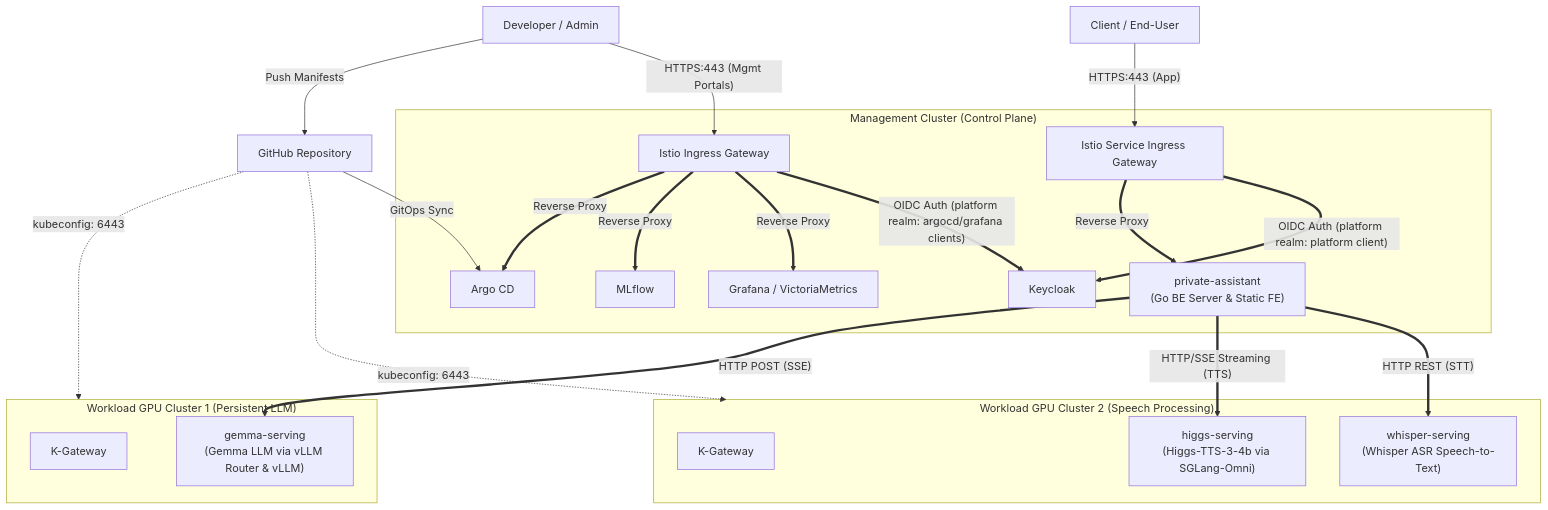
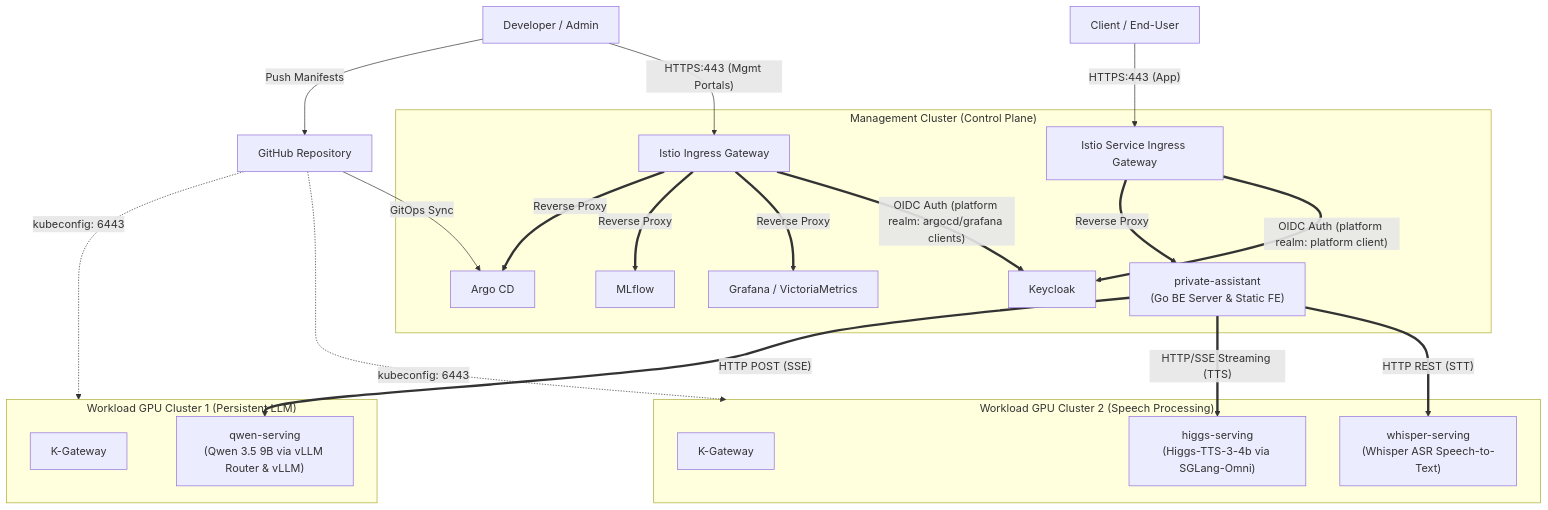
The first of 3 diagrams in README.md (yhjh5302/gitops), drawn with Mermaid before and after one commit. The commit also changed other lines of this file, not shown here.

Commit message:
docs: update README with qwen-serving and inactive gemma-serving info

````diff
--- a/README.md
+++ b/README.md
@@ -9,50 +9,50 @@
 ```mermaid
 graph TB
     subgraph Management_Cluster["Management Cluster (Control Plane)"]
         ArgoCD_M[Argo CD]
         MLflow_M[MLflow]
         VM_M[Grafana / VictoriaMetrics]
         Keycloak_M[Keycloak]
         Gateway_M[Istio Ingress Gateway]
         Gateway_S[Istio Service Ingress Gateway]
         Backend["private-assistant<br/>(Go BE Server & Static FE)"]
     end
 
     subgraph Workload_Cluster_1["Workload GPU Cluster 1 (Persistent LLM)"]
         Gateway_W1[K-Gateway]
-        Gemma["gemma-serving<br/>(Gemma LLM via vLLM Router & vLLM)"]
+        Qwen["qwen-serving<br/>(Qwen 3.5 9B via vLLM Router & vLLM)"]
     end
 
     subgraph Workload_Cluster_2["Workload GPU Cluster 2 (Speech Processing)"]
         Gateway_W2[K-Gateway]
         Higgs["higgs-serving<br/>(Higgs-TTS-3-4b via SGLang-Omni)"]
         Whisper["whisper-serving<br/>(Whisper ASR Speech-to-Text)"]
     end
 
     %% GitOps & User Roles
     Dev[Developer / Admin] -->|Push Manifests| Git[GitHub Repository]
     Dev -->|"HTTPS:443 (Mgmt Portals)"| Gateway_M
     Client[Client / End-User] -->|"HTTPS:443 (App)"| Gateway_S
 
     %% GitOps Sync Flow
     Git -->|GitOps Sync| ArgoCD_M
 
     %% Control Path
     Git -.->|kubeconfig: 6443| Workload_Cluster_1
     Git -.->|kubeconfig: 6443| Workload_Cluster_2
 
     %% Management Ingress Flow (Istio)
     Gateway_M == "Reverse Proxy" ==> ArgoCD_M
     Gateway_M == "Reverse Proxy" ==> MLflow_M
     Gateway_M == "Reverse Proxy" ==> VM_M
     Gateway_M == "OIDC Auth (platform realm: argocd/grafana clients)" ==> Keycloak_M
 
     %% Service Ingress Flow (Istio)
     Gateway_S == "Reverse Proxy" ==> Backend
     Gateway_S == "OIDC Auth (platform realm: platform client)" ==> Keycloak_M
 
     %% Workload Traffic
-    Backend == "HTTP POST (SSE)" ==> Gemma
+    Backend == "HTTP POST (SSE)" ==> Qwen
     Backend == "HTTP/SSE Streaming (TTS)" ==> Higgs
     Backend == "HTTP REST (STT)" ==> Whisper
 ```
````
